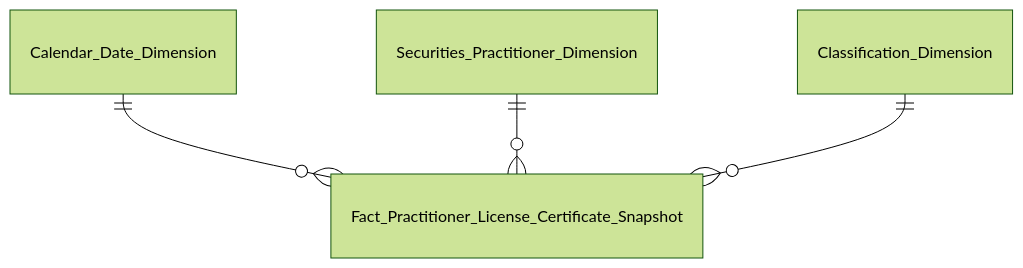
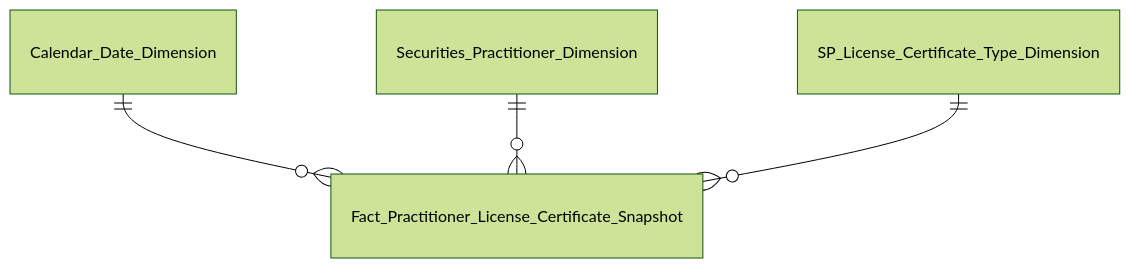
One commit to linhlvit/ubck_atomic_design changed the fifth of 6 diagrams in Datamart/hld/DTM_NHNCK_Entities.md. Above: the diagram before and after it, drawn with Mermaid (forest theme). The commit also changed other lines of this file and 19 other files, not shown here.

````diff
--- a/Datamart/hld/DTM_NHNCK_Entities.md
+++ b/Datamart/hld/DTM_NHNCK_Entities.md
@@ -98,6 +99,6 @@
 ```mermaid
 erDiagram
     Calendar_Date_Dimension ||--o{ Fact_Practitioner_License_Certificate_Snapshot : " "
     Securities_Practitioner_Dimension ||--o{ Fact_Practitioner_License_Certificate_Snapshot : " "
-    Classification_Dimension ||--o{ Fact_Practitioner_License_Certificate_Snapshot : " "
+    SP_License_Certificate_Type_Dimension ||--o{ Fact_Practitioner_License_Certificate_Snapshot : " "
 ```
````
